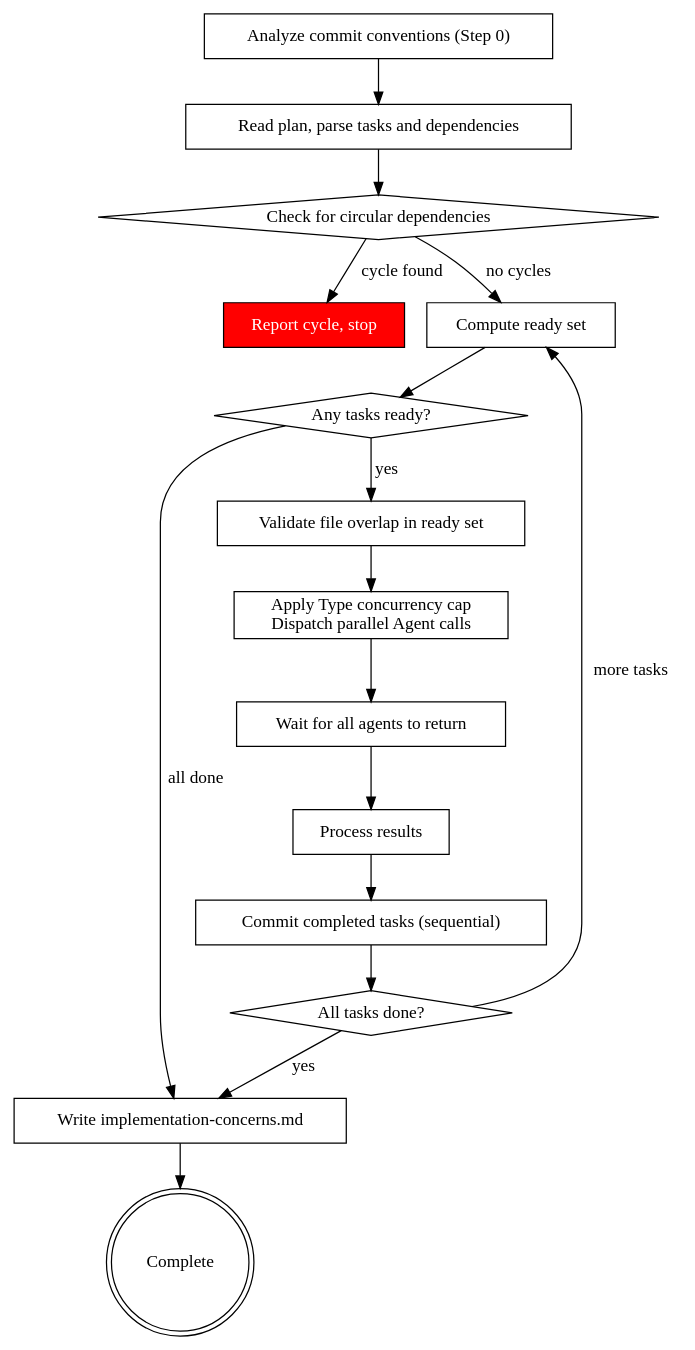
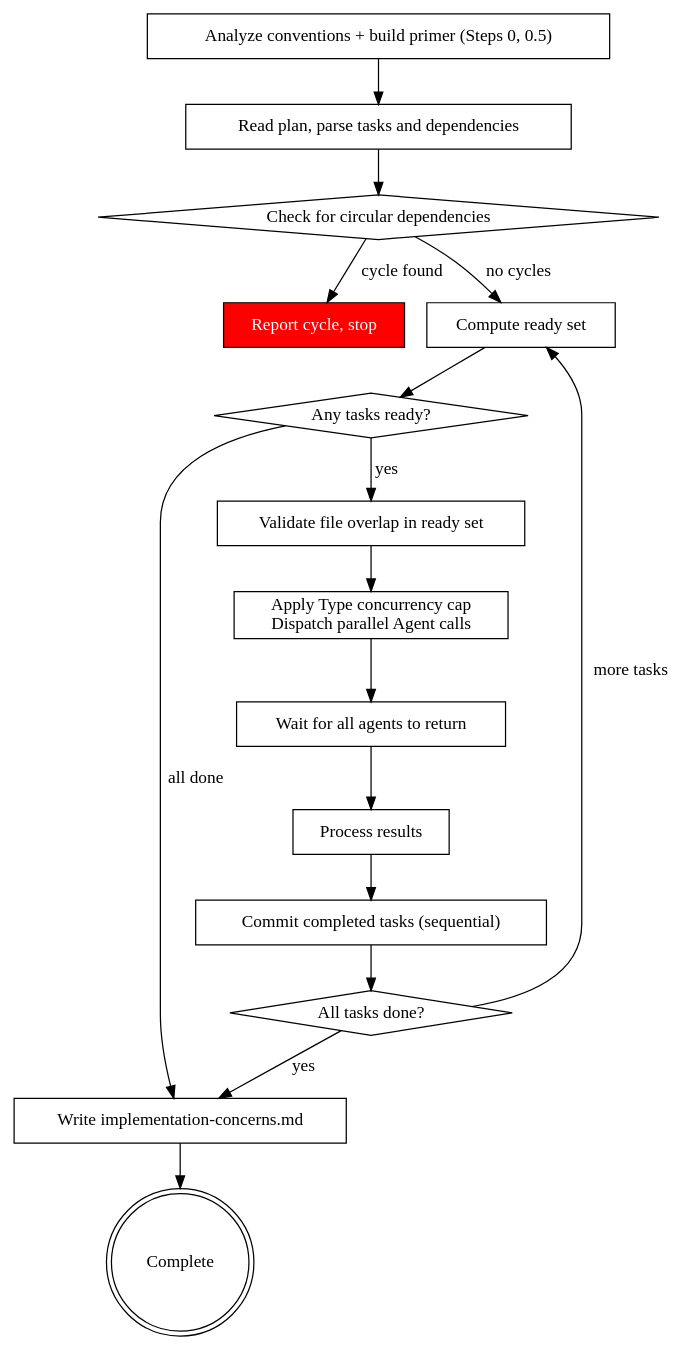
The diagram in dist/claude/skills/subagent-driven-development/SKILL.md (iclinic/afyapowers), drawn with Graphviz before and after one commit. The commit also changed other lines of this file and 128 other files, not shown here.

````diff
--- a/dist/claude/skills/subagent-driven-development/SKILL.md
+++ b/dist/claude/skills/subagent-driven-development/SKILL.md
@@ -16,36 +17,36 @@
 ```dot
 digraph process {
     rankdir=TB;
 
-    "Analyze commit conventions (Step 0)" [shape=box];
+    "Analyze conventions + build primer (Steps 0, 0.5)" [shape=box];
     "Read plan, parse tasks and dependencies" [shape=box];
     "Check for circular dependencies" [shape=diamond];
     "Report cycle, stop" [shape=box, style=filled, fillcolor=red, fontcolor=white];
     "Compute ready set" [shape=box];
     "Any tasks ready?" [shape=diamond];
     "Validate file overlap in ready set" [shape=box];
     "Apply Type concurrency cap\nDispatch parallel Agent calls" [shape=box];
     "Wait for all agents to return" [shape=box];
     "Process results" [shape=box];
     "Commit completed tasks (sequential)" [shape=box];
     "All tasks done?" [shape=diamond];
     "Write implementation-concerns.md" [shape=box];
     "Complete" [shape=doublecircle];
 
-    "Analyze commit conventions (Step 0)" -> "Read plan, parse tasks and dependencies";
+    "Analyze conventions + build primer (Steps 0, 0.5)" -> "Read plan, parse tasks and dependencies";
     "Read plan, parse tasks and dependencies" -> "Check for circular dependencies";
     "Check for circular dependencies" -> "Report cycle, stop" [label="cycle found"];
     "Check for circular dependencies" -> "Compute ready set" [label="no cycles"];
     "Compute ready set" -> "Any tasks ready?";
     "Any tasks ready?" -> "Write implementation-concerns.md" [label="all done"];
     "Any tasks ready?" -> "Validate file overlap in ready set" [label="yes"];
     "Validate file overlap in ready set" -> "Apply Type concurrency cap\nDispatch parallel Agent calls";
     "Apply Type concurrency cap\nDispatch parallel Agent calls" -> "Wait for all agents to return";
     "Wait for all agents to return" -> "Process results";
     "Process results" -> "Commit completed tasks (sequential)";
     "Commit completed tasks (sequential)" -> "All tasks done?";
     "All tasks done?" -> "Compute ready set" [label="more tasks"];
     "All tasks done?" -> "Write implementation-concerns.md" [label="yes"];
     "Write implementation-concerns.md" -> "Complete";
 }
 ```
````
